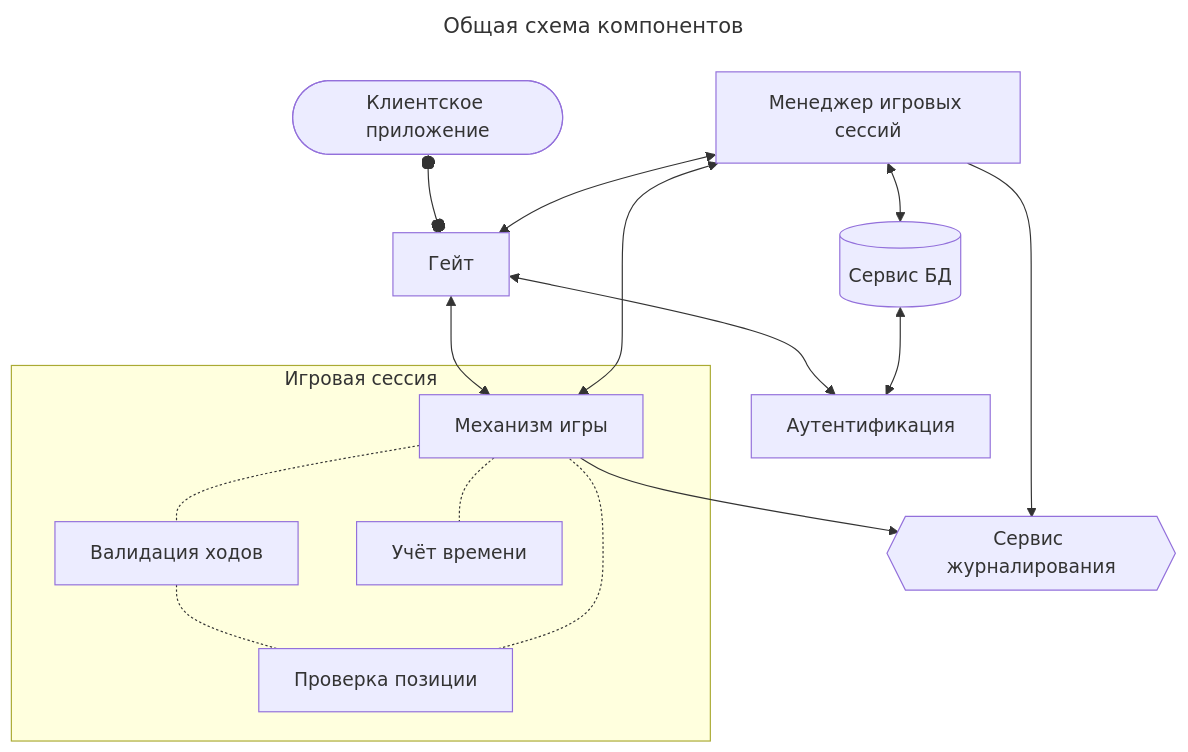
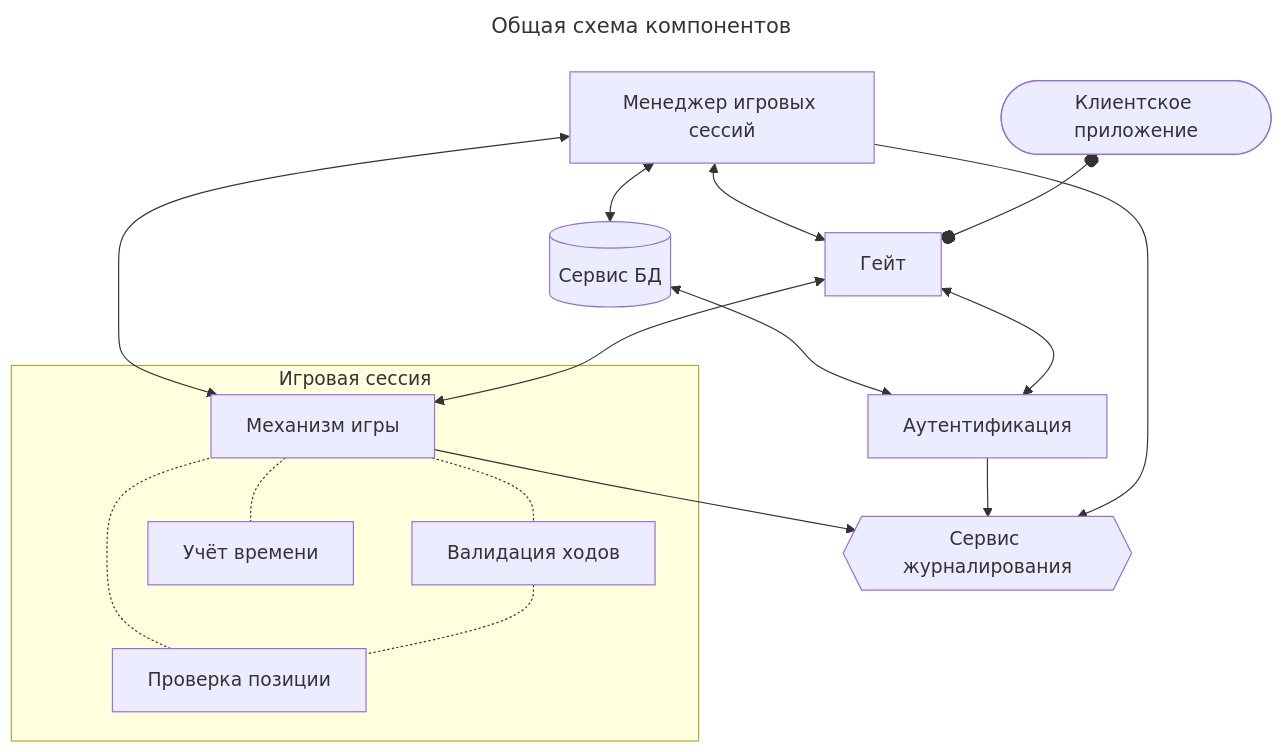
One commit to sadmadrus/chessBox changed the diagram in docs/arch.md. Above: the diagram before and after it, drawn with Mermaid. The commit also changed other lines of this file and 1 other file, not shown here.

````diff
--- a/docs/arch.md
+++ b/docs/arch.md
@@ -4,25 +5,26 @@
 ```mermaid
 ---
 title: Общая схема компонентов
 ---
 flowchart TD
     Client([Клиентское приложение])
     Gate[Гейт]
     Auth[Аутентификация]
     GS[Менеджер игровых сессий]
     DB[(Сервис БД)]
     Logs{{Сервис журналирования}}
     subgraph ChessGame[Игровая сессия]
         Game[Механизм игры]
         MoveValidator[Валидация ходов]
         Position[Проверка позиции]
         Timing[Учёт времени]
         Game -.- Timing
     end
     Client o--o Gate <--> Auth 
     GS <--> Gate
     GS <--> DB <--> Auth
     GS --> Logs
     Gate <--> Game --> Logs
     GS <--> Game -.- MoveValidator -.- Position -.- Game
+    Auth --> Logs
 ```
````
